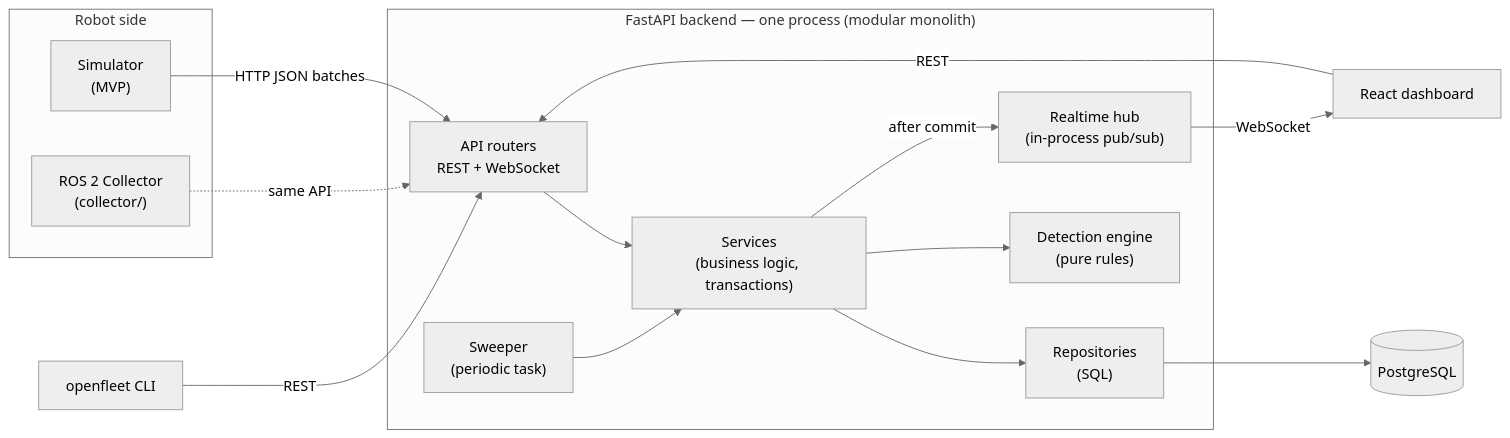
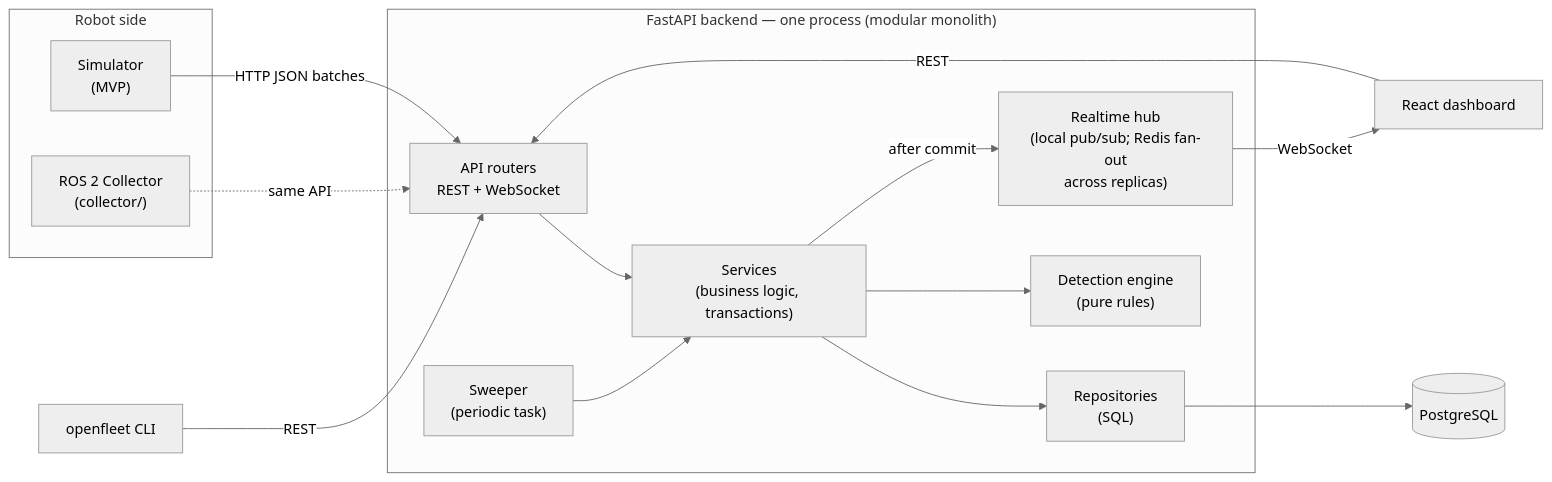
Before and after one commit to saiken13/openfleet-replay: the diagram in docs/ARCHITECTURE.md, drawn with Mermaid (neutral theme). The commit also changed other lines of this file and 46 other files, not shown here.

````diff
--- a/docs/ARCHITECTURE.md
+++ b/docs/ARCHITECTURE.md
@@ -8,31 +8,31 @@
 ```mermaid
 flowchart LR
     subgraph Edge["Robot side"]
         SIM["Simulator<br/>(MVP)"]
         ROS["ROS 2 Collector<br/>(collector/)"]
     end
 
     subgraph Backend["FastAPI backend — one process (modular monolith)"]
         R["API routers<br/>REST + WebSocket"]
         S["Services<br/>(business logic, transactions)"]
         REP["Repositories<br/>(SQL)"]
         D["Detection engine<br/>(pure rules)"]
-        H["Realtime hub<br/>(in-process pub/sub)"]
+        H["Realtime hub<br/>(local pub/sub; Redis fan-out<br/>across replicas)"]
         SW["Sweeper<br/>(periodic task)"]
     end
 
     PG[("PostgreSQL")]
     UI["React dashboard"]
     CLI["openfleet CLI"]
 
     SIM -- "HTTP JSON batches" --> R
     ROS -. "same API" .-> R
     R --> S
     SW --> S
     S --> REP --> PG
     S --> D
     S -- "after commit" --> H
     H -- "WebSocket" --> UI
     UI -- "REST" --> R
     CLI -- "REST" --> R
 ```
````
